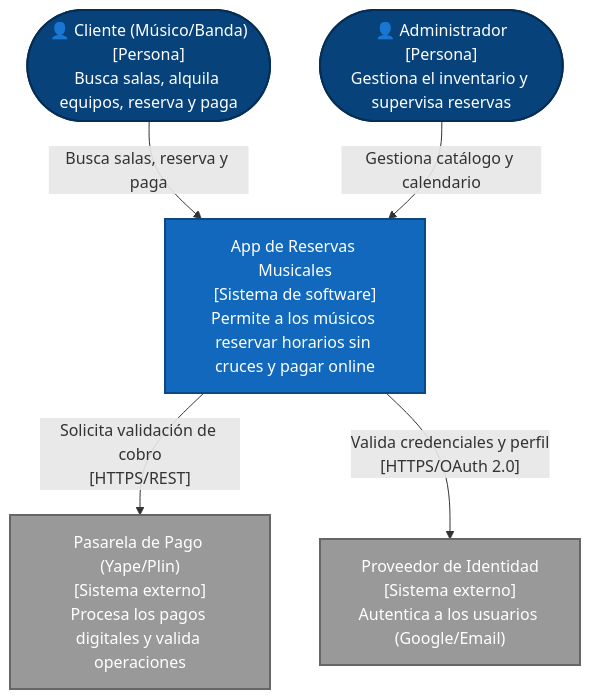
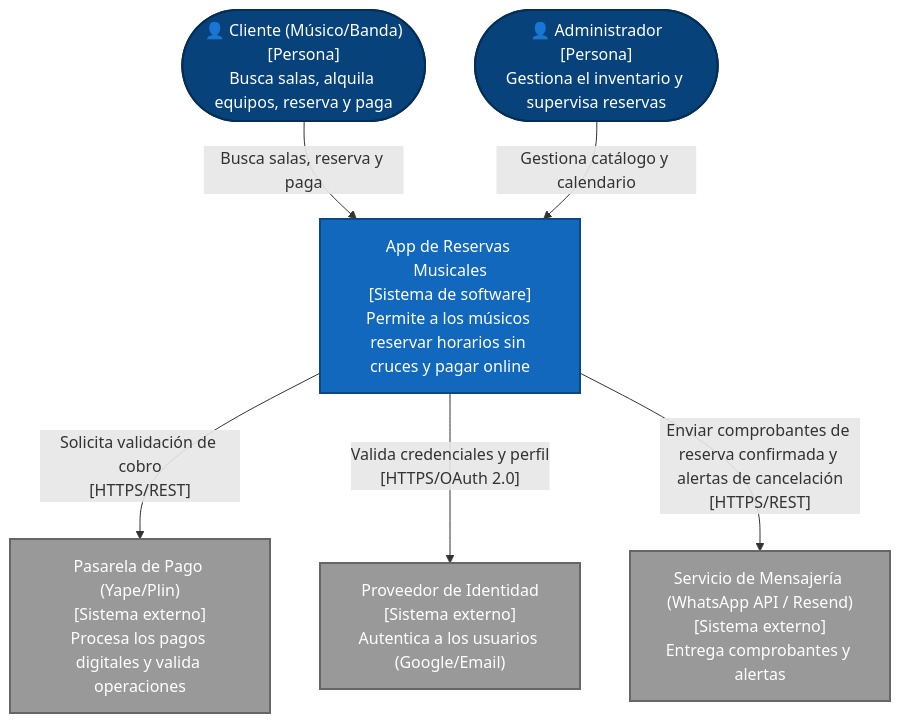
One commit to MancillaLui/app-reservas-salas-ayacucho changed the diagram in 04-modelo-c4/nivel_1_diagrama_de_contexto.md. Above: the diagram before and after it, drawn with Mermaid. The commit also changed other lines of this file and 18 other files, not shown here.

````diff
--- a/04-modelo-c4/nivel_1_diagrama_de_contexto.md
+++ b/04-modelo-c4/nivel_1_diagrama_de_contexto.md
@@ -23,29 +23,33 @@
 ```mermaid
 flowchart TD;
 
     %% Definición de Nodos (Actores y Sistemas)
     Cliente(["👤 Cliente (Músico/Banda)<br>[Persona]<br>Busca salas, alquila equipos, reserva y paga"]);
     Admin(["👤 Administrador<br>[Persona]<br>Gestiona el inventario y supervisa reservas"]);
     
     App["App de Reservas Musicales<br>[Sistema de software]<br>Permite a los músicos reservar horarios sin cruces y pagar online"];
     
     Pagos["Pasarela de Pago (Yape/Plin)<br>[Sistema externo]<br>Procesa los pagos digitales y valida operaciones"];
     Auth["Proveedor de Identidad<br>[Sistema externo]<br>Autentica a los usuarios (Google/Email)"];
 
+    Mensajeria["Servicio de Mensajería (WhatsApp API / Resend)<br>[Sistema externo]<br>Entrega comprobantes y alertas"];
+
     %% Relaciones
     Cliente -- "Busca salas, reserva y paga" --> App;
     Admin -- "Gestiona catálogo y calendario" --> App;
     
     App -- "Solicita validación de cobro<br>[HTTPS/REST]" --> Pagos;
     App -- "Valida credenciales y perfil<br>[HTTPS/OAuth 2.0]" --> Auth;
+
+    App -- "Enviar comprobantes de reserva confirmada y alertas de cancelación<br>[HTTPS/REST]" --> Mensajeria;
 
     %% Clases de Estilo C4 (Colores)
     classDef persona fill:#08427b,color:#fff,stroke:#052e56,stroke-width:2px;
     classDef sistema fill:#1168bd,color:#fff,stroke:#0b4884,stroke-width:2px;
     classDef externo fill:#999999,color:#fff,stroke:#666666,stroke-width:2px;
 
     %% Aplicación de estilos
     class Cliente,Admin persona;
     class App sistema;
-    class Pagos,Auth externo;
+    class Pagos,Auth,Mensajeria externo;
 ```
````
